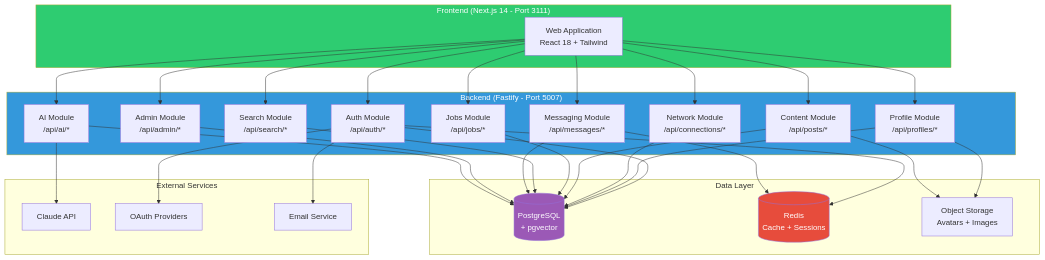
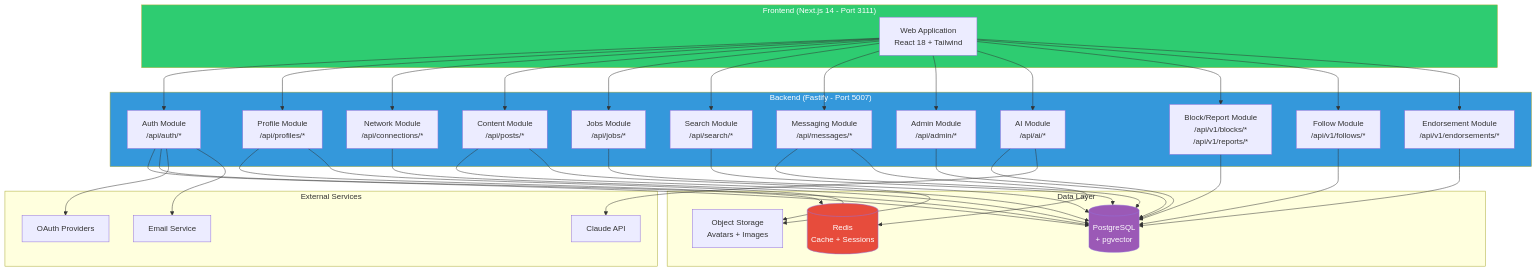
Diagram 16 of 18 in products/connectin/docs/PRD.md (Tamoura/Claude-Code-creates-the-SW-company), drawn with Mermaid before and after one commit. The commit also changed other lines of this file and 5 other files, not shown here.

````diff
--- a/products/connectin/docs/PRD.md
+++ b/products/connectin/docs/PRD.md
@@ -1308,62 +1681,71 @@
 ```mermaid
 graph TD
     subgraph Client["Frontend (Next.js 14 - Port 3111)"]
         WEB[Web Application<br/>React 18 + Tailwind]
     end
 
     subgraph API["Backend (Fastify - Port 5007)"]
         AUTH[Auth Module<br/>/api/auth/*]
         PROFILE[Profile Module<br/>/api/profiles/*]
         NETWORK[Network Module<br/>/api/connections/*]
         CONTENT[Content Module<br/>/api/posts/*]
         JOBS[Jobs Module<br/>/api/jobs/*]
         SEARCH[Search Module<br/>/api/search/*]
         MSG[Messaging Module<br/>/api/messages/*]
         ADMIN[Admin Module<br/>/api/admin/*]
         AI_MOD[AI Module<br/>/api/ai/*]
+        BLOCKS[Block/Report Module<br/>/api/v1/blocks/*<br/>/api/v1/reports/*]
+        FOLLOWS[Follow Module<br/>/api/v1/follows/*]
+        ENDORSE[Endorsement Module<br/>/api/v1/endorsements/*]
     end
 
     subgraph Data["Data Layer"]
         DB[(PostgreSQL<br/>+ pgvector)]
         REDIS[(Redis<br/>Cache + Sessions)]
         S3[Object Storage<br/>Avatars + Images]
     end
 
     subgraph External["External Services"]
         CLAUDE[Claude API]
         OAUTH[OAuth Providers]
         EMAILSVC[Email Service]
     end
 
     WEB --> AUTH
     WEB --> PROFILE
     WEB --> NETWORK
     WEB --> CONTENT
     WEB --> JOBS
     WEB --> SEARCH
     WEB --> MSG
     WEB --> ADMIN
     WEB --> AI_MOD
+    WEB --> BLOCKS
+    WEB --> FOLLOWS
+    WEB --> ENDORSE
 
     AUTH --> DB
     AUTH --> REDIS
     AUTH --> OAUTH
     AUTH --> EMAILSVC
     PROFILE --> DB
     PROFILE --> S3
     NETWORK --> DB
     CONTENT --> DB
     CONTENT --> S3
     JOBS --> DB
     SEARCH --> DB
     MSG --> DB
     MSG --> REDIS
     ADMIN --> DB
     AI_MOD --> DB
     AI_MOD --> CLAUDE
+    BLOCKS --> DB
+    FOLLOWS --> DB
+    ENDORSE --> DB
 
     style Client fill:#2ECC71,color:#fff
     style API fill:#3498DB,color:#fff
     style DB fill:#9B59B6,color:#fff
     style REDIS fill:#E74C3C,color:#fff
 ```
````
